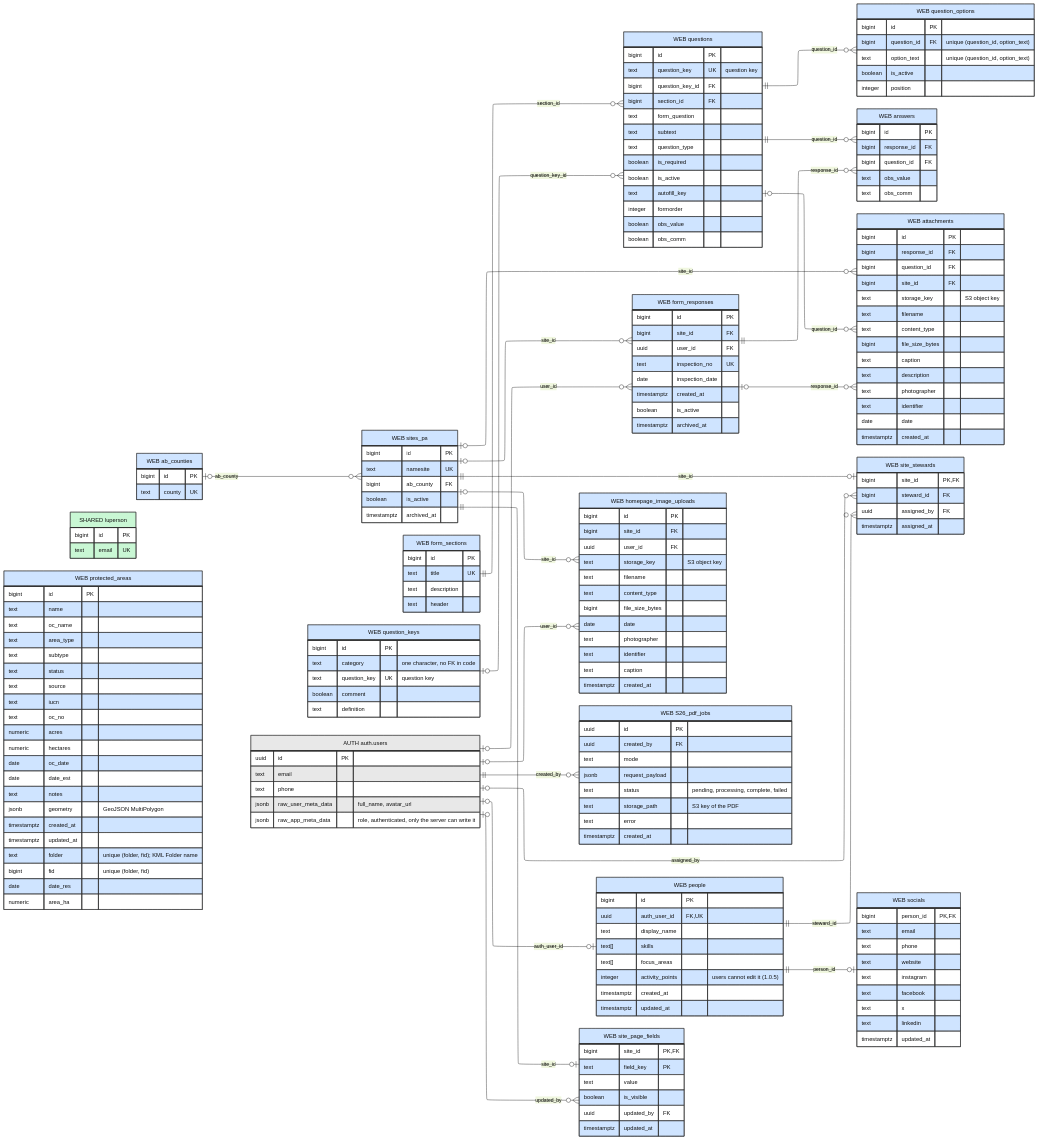
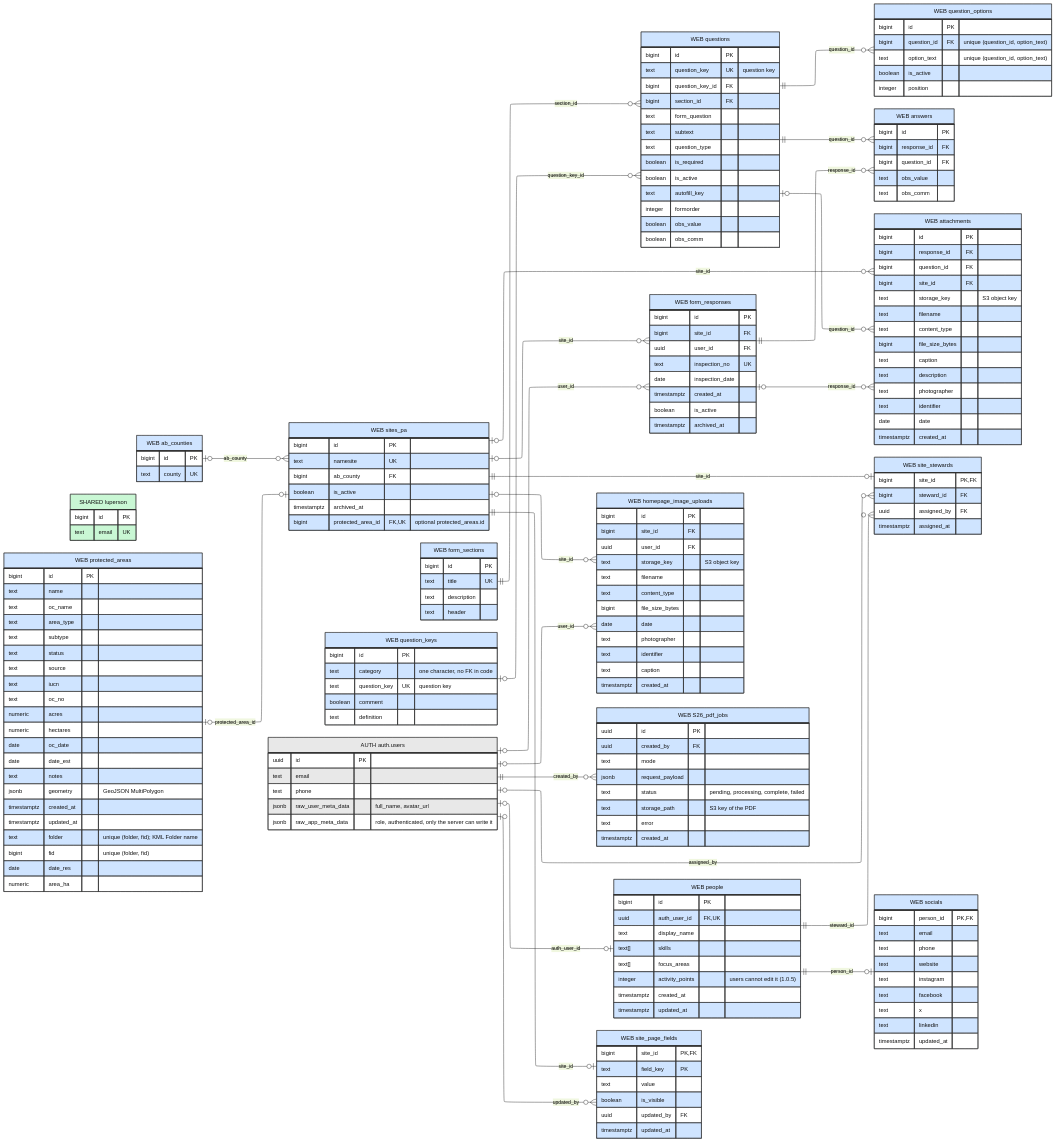
The diagram in docs/assets/ER_Diagram.mmd (SAPAA-Dev/W26Project-SAPAA-Dev-Team), drawn with Mermaid (forest theme) before and after one commit. The commit also changed 35 other files, not shown here.

First line of the commit message:
(feat): link sites to protected areas and filter by county and status (#167)

```diff
--- a/docs/assets/ER_Diagram.mmd
+++ b/docs/assets/ER_Diagram.mmd
@@ -33,8 +33,8 @@
     %% - people has one row for each login. The trigger create_person_on_signup
     %%   on auth.users (function create_person_for_new_user) makes it.
     %% - site_stewards.site_id is the primary key, so a site has one steward.
-    %% - protected_areas has no foreign key. The KML import
-    %%   (webapp/utils/kml-import-actions.ts) matches rows on (folder, fid).
+    %% - sites_pa.protected_area_id is an optional link to protected_areas.id.
+    %%   The KML import (webapp/utils/kml-import-actions.ts) matches rows on (folder, fid).
     %% - The role is in raw_app_meta_data (app_metadata.role and
     %%   app_metadata.authenticated). The RLS policies read it.
 
@@ -58,6 +58,7 @@
         bigint ab_county FK
         boolean is_active
         timestamptz archived_at
+        bigint protected_area_id FK, UK "optional protected_areas.id"
     }
 
     form_sections["WEB form_sections"] {
@@ -230,6 +231,7 @@
     }
 
     ab_counties |o--o{ sites_pa : "ab_county"
+    protected_areas |o--o| sites_pa : "protected_area_id"
     question_keys |o--o{ questions : "question_key_id"
     form_sections ||--o{ questions : "section_id"
     questions ||--o{ question_options : "question_id"
```
